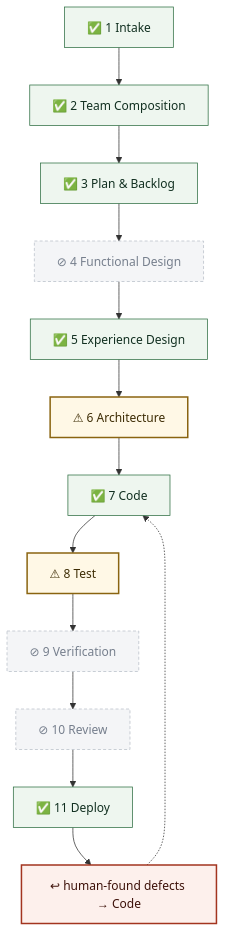
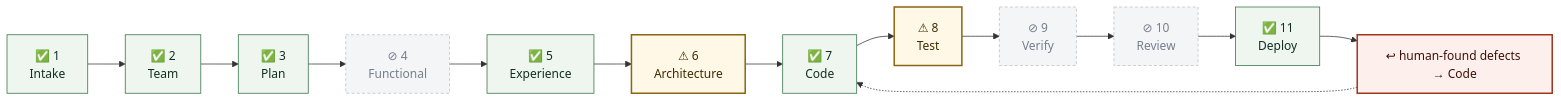
Before and after one commit to tandonakhil/AICluadeCode: the diagram in projects/little-milestones/PIPELINE_LOG.md, drawn with Mermaid. The commit also changed 7 other files, not shown here.

First line of the commit message:
Pipeline visibility: /ProjectStatus, portfolio graphs, LR layout, mandatory report-out

````diff
--- a/projects/little-milestones/PIPELINE_LOG.md
+++ b/projects/little-milestones/PIPELINE_LOG.md
@@ -20,18 +20,18 @@
 ```mermaid
-flowchart TD
-  G1["✅ 1 Intake"] --> G2["✅ 2 Team Composition"] --> G3["✅ 3 Plan &amp; Backlog"]
-  G3 --> G4["⊘ 4 Functional Design"] --> G5["✅ 5 Experience Design"]
-  G5 --> G6["⚠ 6 Architecture"] --> G7["✅ 7 Code"] --> G8["⚠ 8 Test"]
-  G8 --> G9["⊘ 9 Verification"] --> G10["⊘ 10 Review"] --> G11["✅ 11 Deploy"]
+flowchart LR
+  G1["✅ 1<br/>Intake"] --> G2["✅ 2<br/>Team"] --> G3["✅ 3<br/>Plan"]
+  G3 --> G4["⊘ 4<br/>Functional"] --> G5["✅ 5<br/>Experience"]
+  G5 --> G6["⚠ 6<br/>Architecture"] --> G7["✅ 7<br/>Code"] --> G8["⚠ 8<br/>Test"]
+  G8 --> G9["⊘ 9<br/>Verify"] --> G10["⊘ 10<br/>Review"] --> G11["✅ 11<br/>Deploy"]
   G11 --> FIX["↩ human-found defects → Code"]
   FIX -.-> G7
 
   classDef done    fill:#eef6ef,stroke:#2f6f43,color:#123021
   classDef looped  fill:#fdf0ec,stroke:#a3341f,stroke-width:2px,color:#3d1109
   classDef warn    fill:#fff8e6,stroke:#8a6410,stroke-width:2px,color:#3d2c04
   classDef skipped fill:#f4f5f7,stroke:#b8bfc9,color:#767f8d,stroke-dasharray:4 3
   class G1,G2,G3,G5,G7,G11 done
   class G6,G8 warn
   class G4,G9,G10 skipped
   class FIX looped
 ```
````
